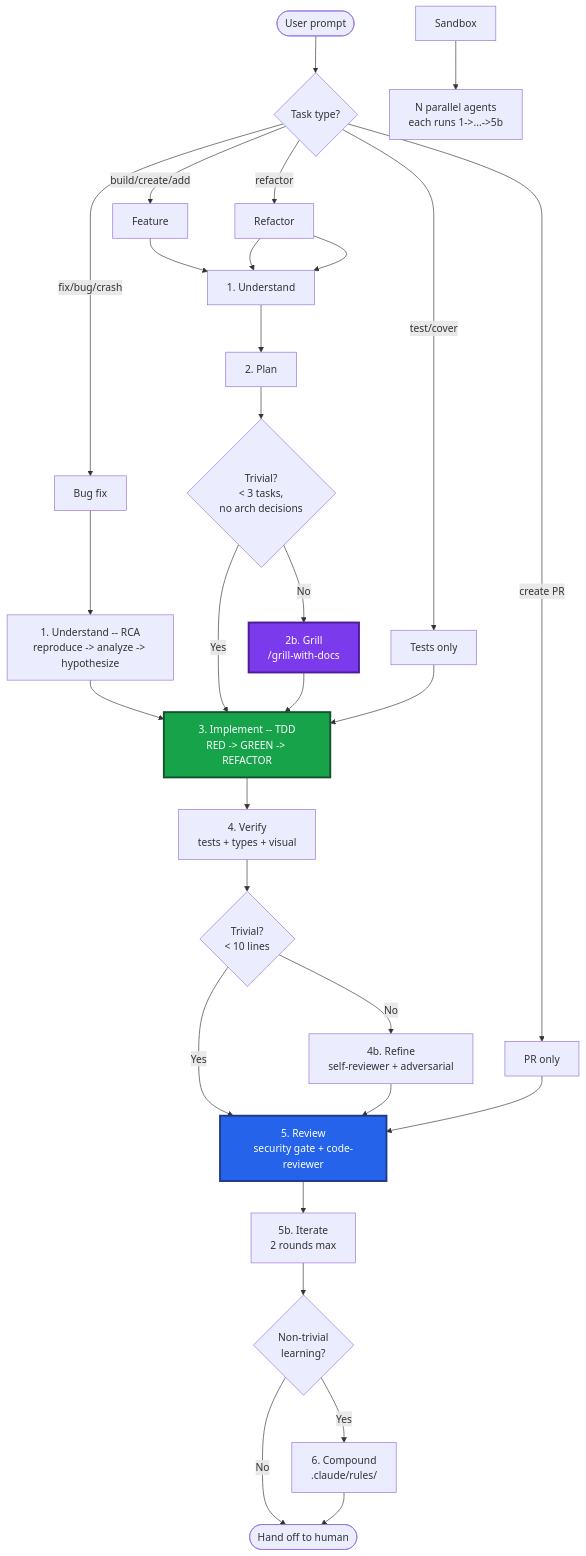
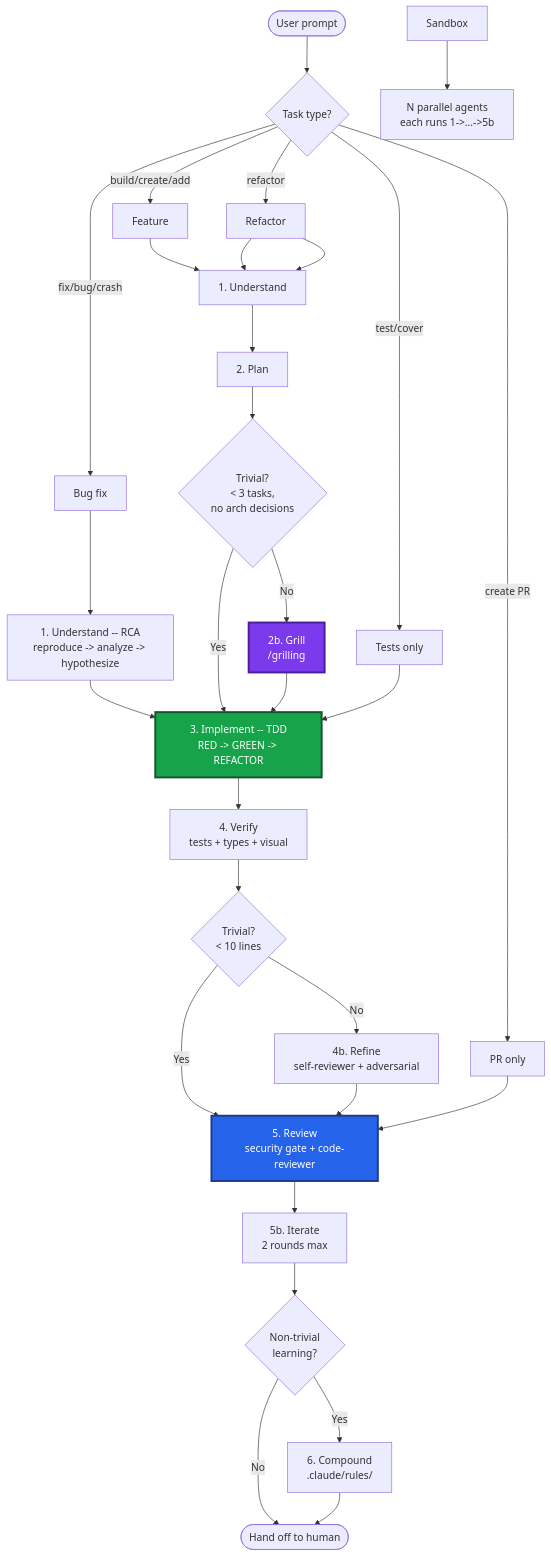
Before and after one commit to malinskibeniamin/skills: the first of 2 diagrams in development-lifecycle/REFERENCE.md, drawn with Mermaid. The commit also changed other lines of this file and 33 other files, not shown here.

````diff
--- a/development-lifecycle/REFERENCE.md
+++ b/development-lifecycle/REFERENCE.md
@@ -5,47 +5,47 @@
 ```mermaid
 flowchart TD
     Start([User prompt]) --> Detect{Task type?}
 
     Detect -->|"build/create/add"| Feature[Feature]
     Detect -->|"fix/bug/crash"| Bug[Bug fix]
     Detect -->|"refactor"| Refactor[Refactor]
     Detect -->|"test/cover"| TestOnly[Tests only]
     Detect -->|"create PR"| PROnly[PR only]
 
     Feature --> P1[1. Understand]
     Bug --> P1_RCA[1. Understand -- RCA<br/>reproduce -> analyze -> hypothesize]
     Refactor --> P1
 
     P1 --> P2[2. Plan]
     P1_RCA --> P3
 
     P2 --> Trivial{Trivial?<br/>< 3 tasks,<br/>no arch decisions}
-    Trivial -->|No| Grill[2b. Grill<br/>/grill-with-docs]
+    Trivial -->|No| Grill[2b. Grill<br/>/grilling]
     Trivial -->|Yes| P3
     Grill --> P3
 
     TestOnly --> P3
     P3[3. Implement -- TDD<br/>RED -> GREEN -> REFACTOR]
 
     P3 --> P4[4. Verify<br/>tests + types + visual]
     P4 --> SmallDiff{Trivial?<br/>< 10 lines}
     SmallDiff -->|No| P4b[4b. Refine<br/>self-reviewer + adversarial]
     SmallDiff -->|Yes| P5
     P4b --> P5
 
     PROnly --> P5
     Refactor --> P1
 
     P5[5. Review<br/>security gate + code-reviewer]
     P5 --> P5b[5b. Iterate<br/>2 rounds max]
     P5b --> Learn{Non-trivial<br/>learning?}
     Learn -->|Yes| P6[6. Compound<br/>.claude/rules/]
     Learn -->|No| Done([Hand off to human])
     P6 --> Done
 
     Sandbox --> Parallel[N parallel agents<br/>each runs 1->...->5b]
 
     style P3 fill:#16a34a,stroke:#14532d,stroke-width:3px,color:#fff
     style Grill fill:#7c3aed,stroke:#4c1d95,stroke-width:3px,color:#fff
     style P5 fill:#2563eb,stroke:#1e3a8a,stroke-width:3px,color:#fff
 ```
````
